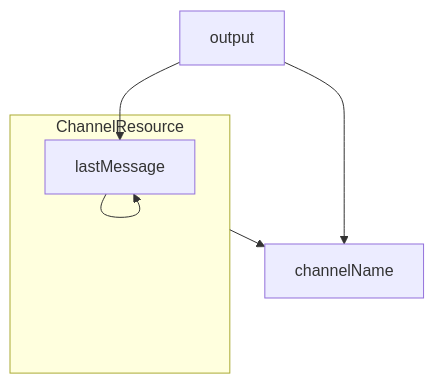
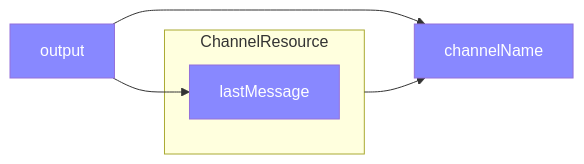
Before and after one commit to NullVoxPopuli/ember-resources: the first of 3 diagrams in docs/docs/resources.md, drawn with Mermaid. The commit also changed other lines of this file, not shown here.

Commit message:
ChannelResource demo

````diff
--- a/docs/docs/resources.md
+++ b/docs/docs/resources.md
@@ -335,10 +337,13 @@
 ```mermaid 
-flowchart TB
+flowchart LR
     ChannelResource-->channelName
     subgraph ChannelResource
-    lastMessage-->lastMessage
+    lastMessage
     end
     output-->channelName
     output-->lastMessage
 
+    style channelName fill:#8888ff,color:white
+    style output fill:#8888ff,color:white
+    style lastMessage fill:#8888ff,color:white
 ```
````
